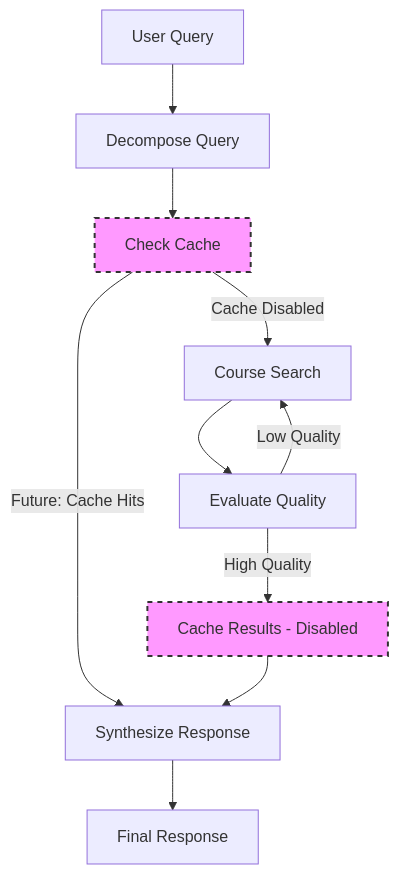
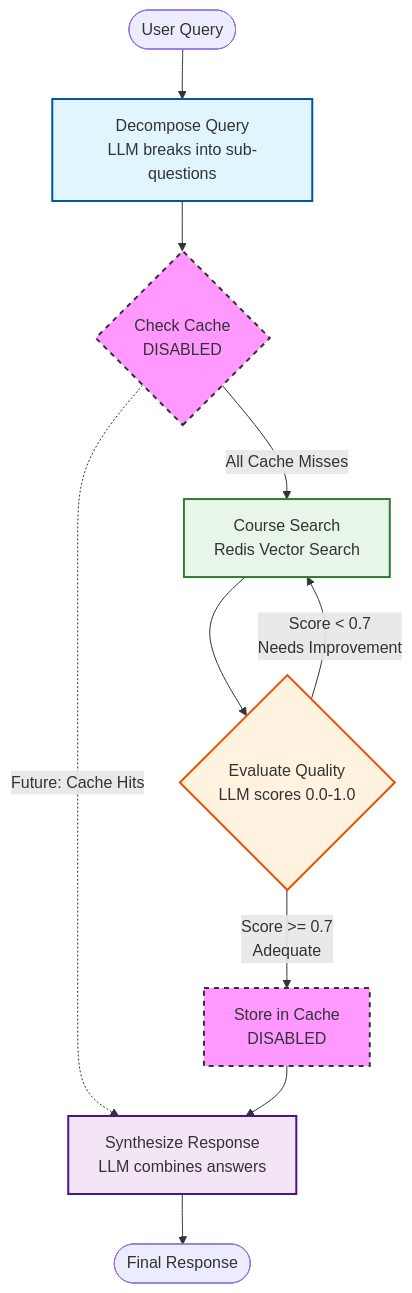
One commit to redis-developer/redis-ai-resources changed the diagram in python-recipes/context-engineering/reference-agent/progressive_agents/stage3_full_agent_without_memory/README.md. Above: the diagram before and after it, drawn with Mermaid. The commit also changed other lines of this file and 7 other files, not shown here.

````diff
--- a/python-recipes/context-engineering/reference-agent/progressive_agents/stage3_full_agent_without_memory/README.md
+++ b/python-recipes/context-engineering/reference-agent/progressive_agents/stage3_full_agent_without_memory/README.md
@@ -28,18 +30,23 @@
 ```mermaid
 graph TD
-    A[User Query] --> B[Decompose Query]
-    B --> C[Check Cache]
-    C -->|Cache Disabled| D[Course Search]
-    C -->|Future: Cache Hits| E[Synthesize Response]
-    D --> F[Evaluate Quality]
-    F -->|Low Quality| D
-    F -->|High Quality| G[Cache Results - Disabled]
-    G --> E
-    E --> H[Final Response]
-    
-    style C fill:#f9f,stroke:#333,stroke-width:2px
-    style G fill:#f9f,stroke:#333,stroke-width:2px
-    
-    classDef disabled fill:#ddd,stroke:#999,stroke-dasharray: 5 5
-    class C,G disabled
+    Start([User Query]) --> Decompose[Decompose Query<br/>LLM breaks into sub-questions]
+    Decompose --> Cache{Check Cache<br/>DISABLED}
+
+    Cache -->|All Cache Misses| Research[Course Search<br/>Redis Vector Search]
+    Cache -.->|Future: Cache Hits| Synthesize
+
+    Research --> Quality{Evaluate Quality<br/>LLM scores 0.0-1.0}
+
+    Quality -->|Score < 0.7<br/>Needs Improvement| Research
+    Quality -->|Score >= 0.7<br/>Adequate| CacheStore[Store in Cache<br/>DISABLED]
+
+    CacheStore --> Synthesize[Synthesize Response<br/>LLM combines answers]
+    Synthesize --> End([Final Response])
+
+    style Cache fill:#f9f,stroke:#333,stroke-width:2px,stroke-dasharray: 5 5
+    style CacheStore fill:#f9f,stroke:#333,stroke-width:2px,stroke-dasharray: 5 5
+    style Decompose fill:#e1f5ff,stroke:#01579b,stroke-width:2px
+    style Research fill:#e8f5e9,stroke:#2e7d32,stroke-width:2px
+    style Quality fill:#fff3e0,stroke:#e65100,stroke-width:2px
+    style Synthesize fill:#f3e5f5,stroke:#4a148c,stroke-width:2px
 ```
````
